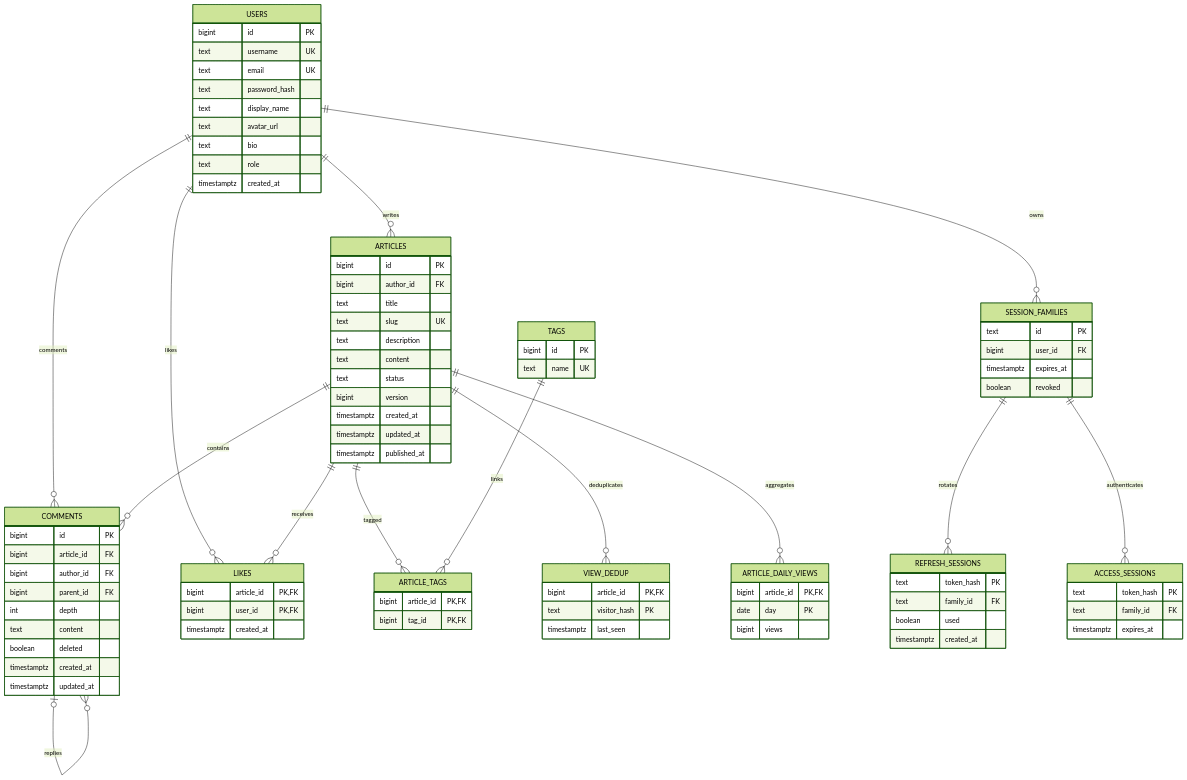
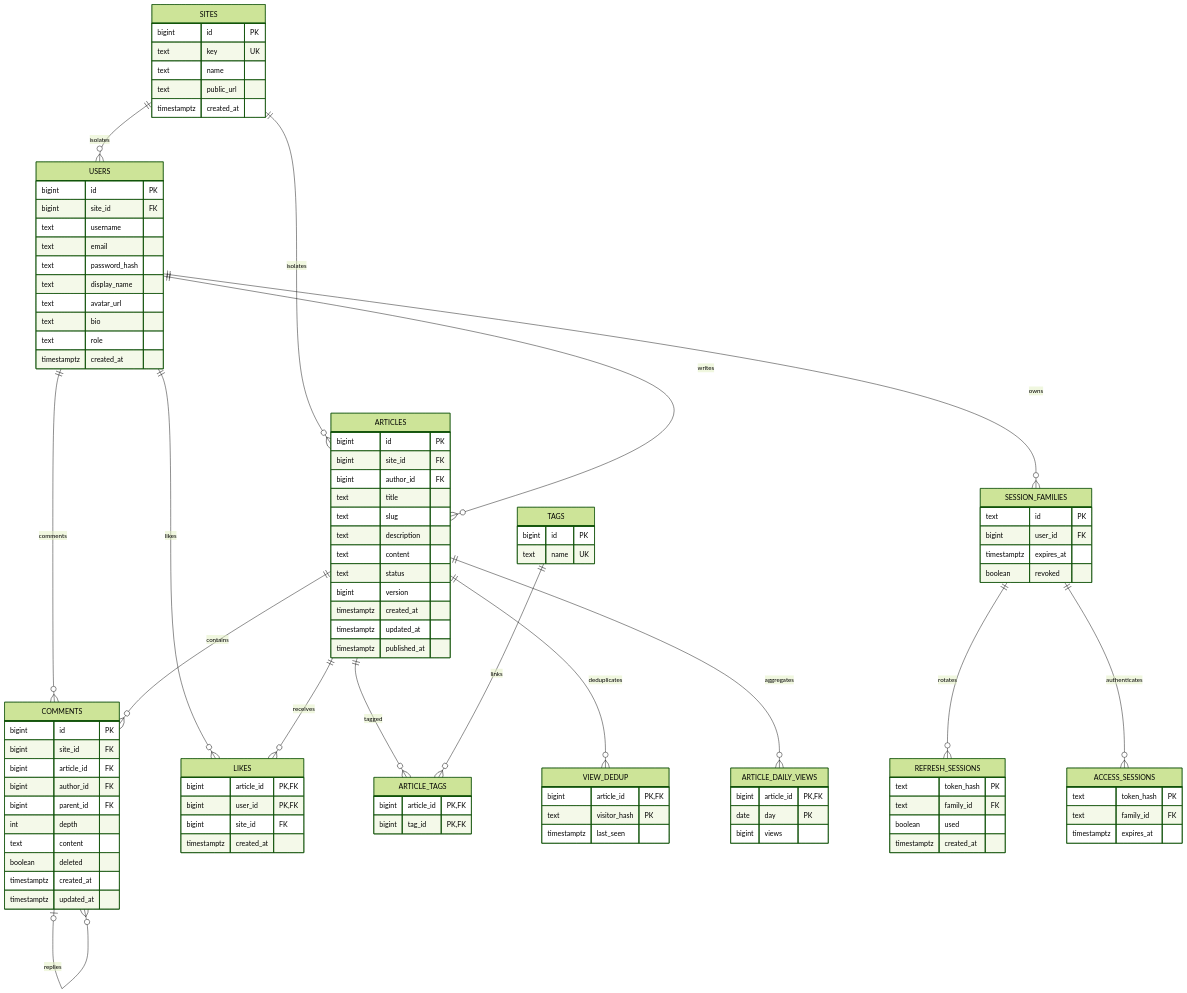
One commit to IPodymov/blog-api changed the diagram in docs/architecture.md. Above: the diagram before and after it, drawn with Mermaid (forest theme). The commit also changed other lines of this file and 21 other files, not shown here.

````diff
--- a/docs/architecture.md
+++ b/docs/architecture.md
@@ -15,5 +15,7 @@
 ```mermaid
 erDiagram
+    SITES ||--o{ USERS: isolates
+    SITES ||--o{ ARTICLES: isolates
     USERS ||--o{ ARTICLES: writes
     USERS ||--o{ COMMENTS: comments
     USERS ||--o{ LIKES: likes
@@ -27,10 +29,18 @@
     ARTICLES ||--o{ ARTICLE_DAILY_VIEWS: aggregates
     SESSION_FAMILIES ||--o{ REFRESH_SESSIONS: rotates
     SESSION_FAMILIES ||--o{ ACCESS_SESSIONS: authenticates
+    SITES {
+        bigint id PK
+        text key UK
+        text name
+        text public_url
+        timestamptz created_at
+    }
     USERS {
         bigint id PK
-        text username UK
-        text email UK
+        bigint site_id FK
+        text username
+        text email
         text password_hash
         text display_name
         text avatar_url
@@ -40,9 +50,10 @@
     }
     ARTICLES {
         bigint id PK
+        bigint site_id FK
         bigint author_id FK
         text title
-        text slug UK
+        text slug
         text description
         text content
         text status
@@ -53,6 +64,7 @@
     }
     COMMENTS {
         bigint id PK
+        bigint site_id FK
         bigint article_id FK
         bigint author_id FK
         bigint parent_id FK
@@ -65,6 +77,7 @@
     LIKES {
         bigint article_id PK, FK
         bigint user_id PK, FK
+        bigint site_id FK
         timestamptz created_at
     }
     TAGS {
````
